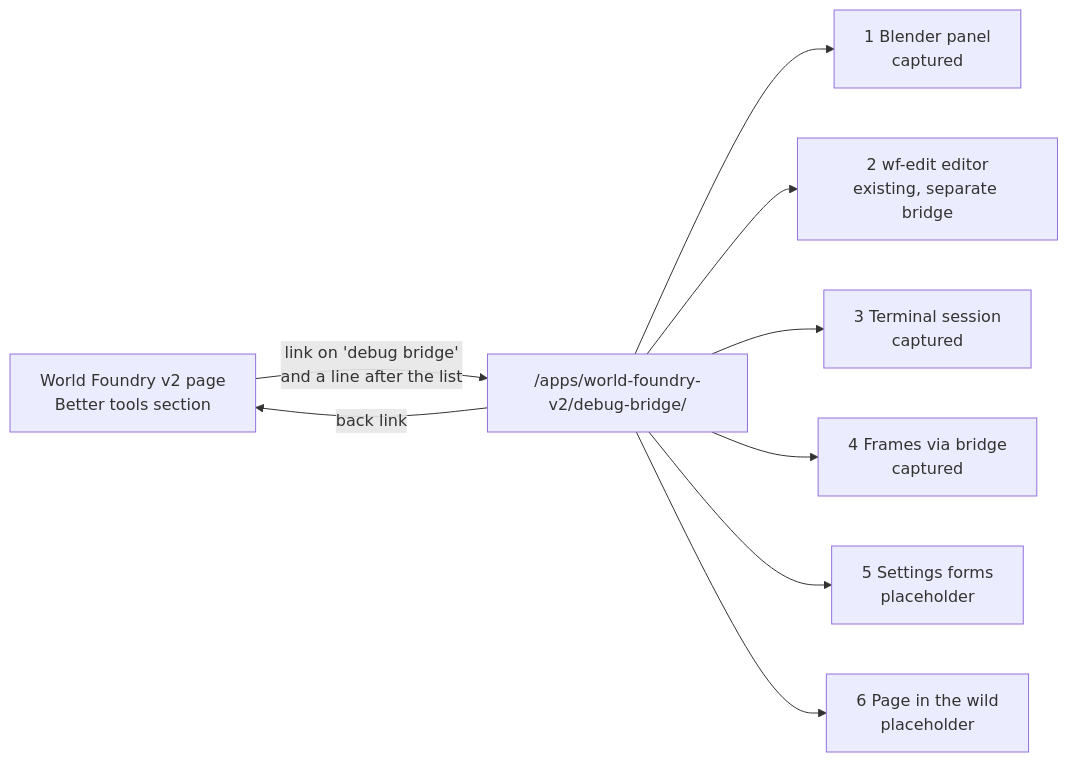
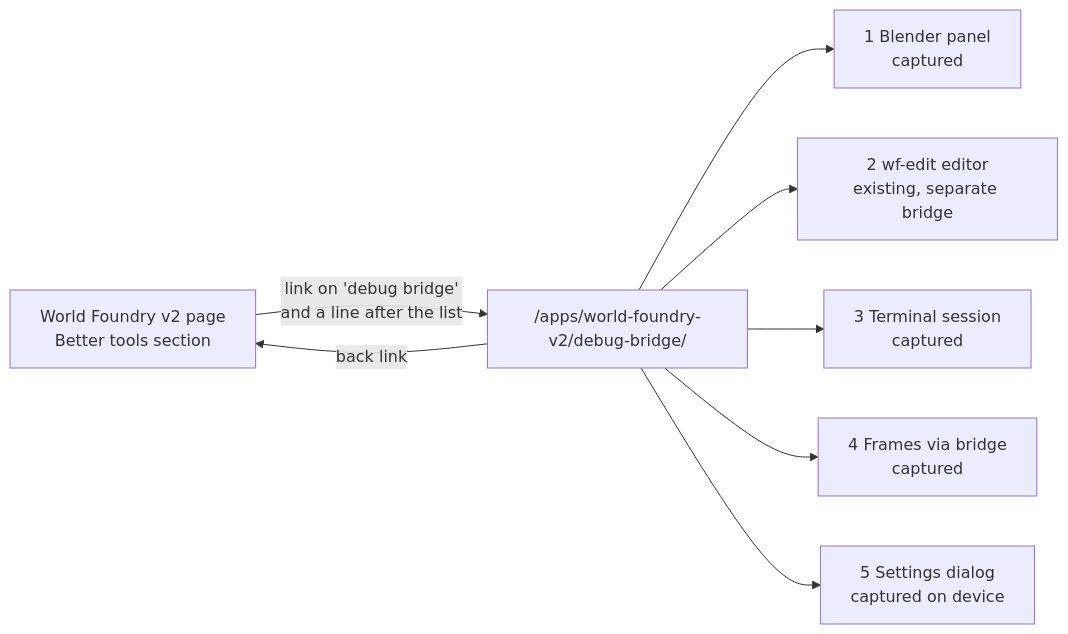
Before and after one commit to wbniv/indri.studio: the first of 3 diagrams in docs/plans/2026-10-31-world-foundry-debug-bridge-page.md, drawn with Mermaid. The commit also changed other lines of this file and 11 other files, not shown here.

First line of the commit message:
Debug bridge page: real settings dialog, drop view 6, fix phone overflow

````diff
--- a/docs/plans/2026-10-31-world-foundry-debug-bridge-page.md
+++ b/docs/plans/2026-10-31-world-foundry-debug-bridge-page.md
@@ -35,11 +34,10 @@
 ```mermaid
 flowchart LR
   A["World Foundry v2 page<br/>Better tools section"] -->|"link on 'debug bridge'<br/>and a line after the list"| B["/apps/world-foundry-v2/debug-bridge/"]
   B --> V1["1 Blender panel<br/>captured"]
   B --> V2["2 wf-edit editor<br/>existing, separate bridge"]
   B --> V3["3 Terminal session<br/>captured"]
   B --> V4["4 Frames via bridge<br/>captured"]
-  B --> V5["5 Settings forms<br/>placeholder"]
-  B --> V6["6 Page in the wild<br/>placeholder"]
+  B --> V5["5 Settings dialog<br/>captured on device"]
   B -->|"back link"| A
 ```
````
